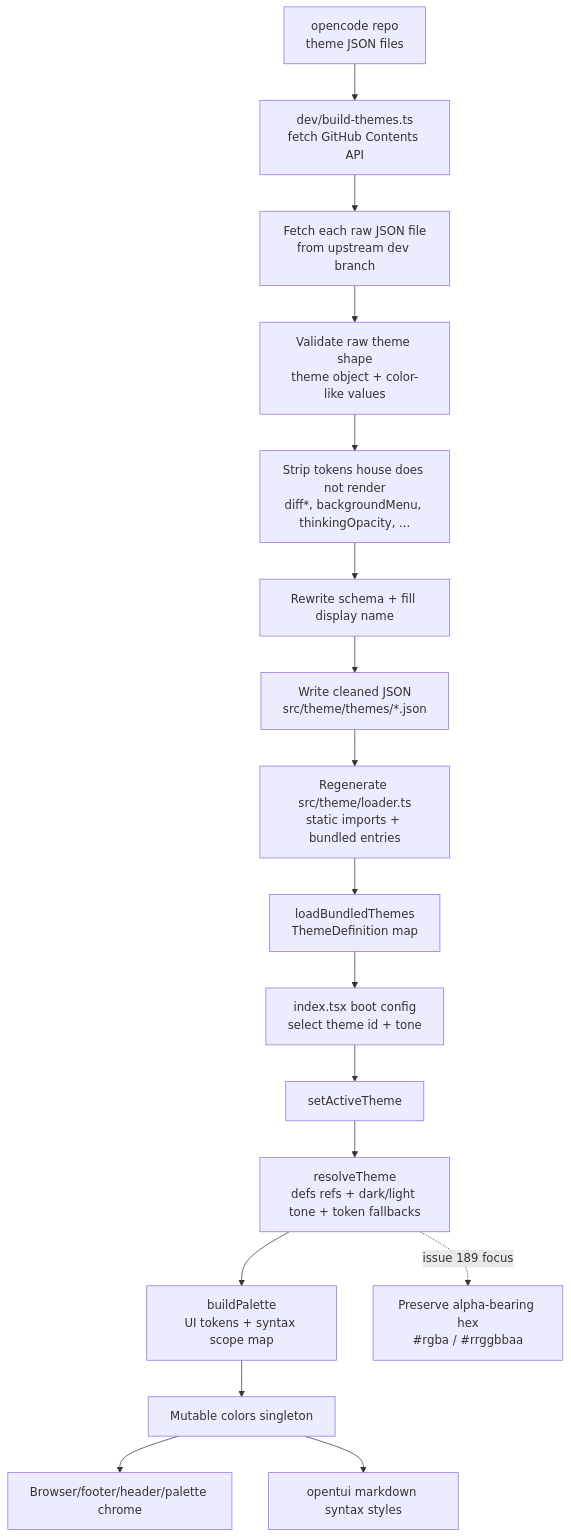
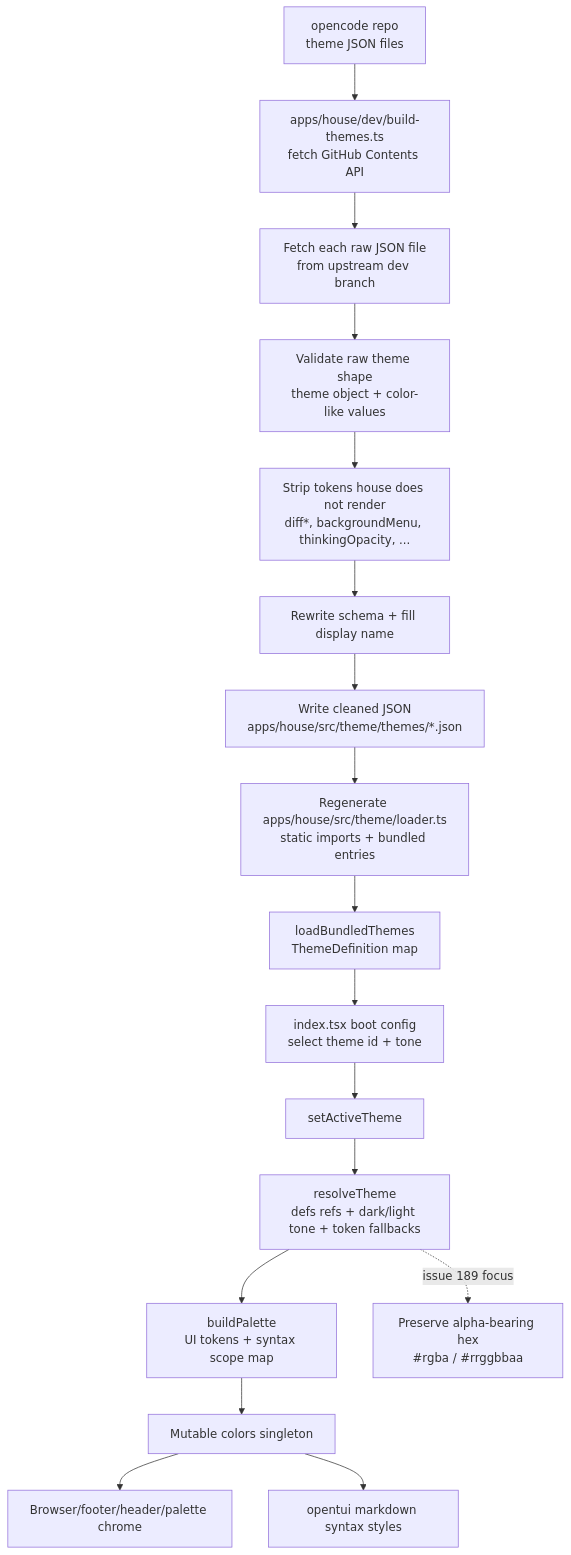
Before and after one commit to carlesandres/house: the diagram in docs/theme-palette-pipeline.md, drawn with Mermaid. The commit also changed other lines of this file and 156 other files, not shown here.

````diff
--- a/docs/theme-palette-pipeline.md
+++ b/docs/theme-palette-pipeline.md
@@ -11,20 +11,20 @@
 ```mermaid
 flowchart TD
-	A[opencode repo<br/>theme JSON files] --> B[dev/build-themes.ts<br/>fetch GitHub Contents API]
+	A[opencode repo<br/>theme JSON files] --> B[apps/house/dev/build-themes.ts<br/>fetch GitHub Contents API]
 	B --> C[Fetch each raw JSON file<br/>from upstream dev branch]
 	C --> D[Validate raw theme shape<br/>theme object + color-like values]
 	D --> E[Strip tokens house does not render<br/>diff*, backgroundMenu, thinkingOpacity, ...]
 	E --> F[Rewrite schema + fill display name]
-	F --> G[Write cleaned JSON<br/>src/theme/themes/*.json]
-	G --> H[Regenerate src/theme/loader.ts<br/>static imports + bundled entries]
+	F --> G[Write cleaned JSON<br/>apps/house/src/theme/themes/*.json]
+	G --> H[Regenerate apps/house/src/theme/loader.ts<br/>static imports + bundled entries]
 	H --> I[loadBundledThemes<br/>ThemeDefinition map]
 	I --> J[index.tsx boot config<br/>select theme id + tone]
 	J --> K[setActiveTheme]
 	K --> L[resolveTheme<br/>defs refs + dark/light tone + token fallbacks]
 	L --> M[buildPalette<br/>UI tokens + syntax scope map]
 	M --> N[Mutable colors singleton]
 	N --> O[Browser/footer/header/palette chrome]
 	N --> P[opentui markdown syntax styles]
 
 	L -. "issue 189 focus" .-> Q[Preserve alpha-bearing hex<br/>#rgba / #rrggbbaa]
 ```
````
